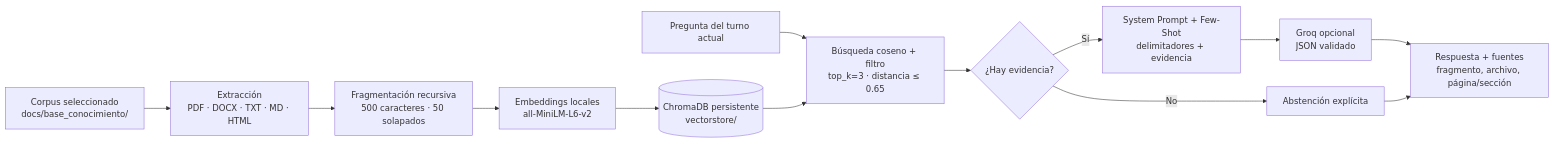
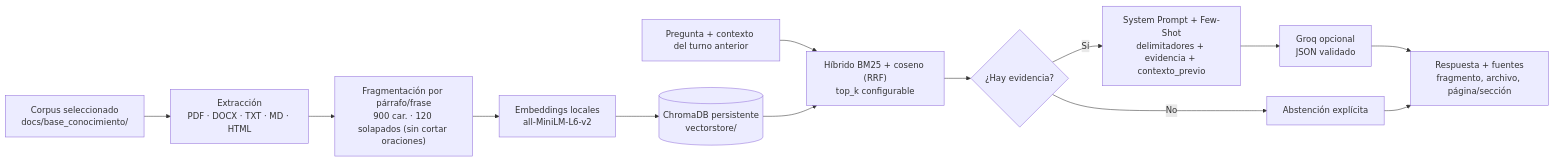
Before and after one commit to Criss190/AsistenteCrianza: the diagram in README.md, drawn with Mermaid. The commit also changed other lines of this file and 1 other file, not shown here.

````diff
--- a/README.md
+++ b/README.md
@@ -10,15 +10,15 @@
 ```mermaid
 flowchart LR
     A["Corpus seleccionado<br/>docs/base_conocimiento/"] --> B["Extracción<br/>PDF · DOCX · TXT · MD · HTML"]
-    B --> C["Fragmentación recursiva<br/>500 caracteres · 50 solapados"]
+    B --> C["Fragmentación por párrafo/frase<br/>900 car. · 120 solapados (sin cortar oraciones)"]
     C --> D["Embeddings locales<br/>all-MiniLM-L6-v2"]
     D --> E[("ChromaDB persistente<br/>vectorstore/")]
-    F["Pregunta del turno actual"] --> H["Búsqueda coseno + filtro<br/>top_k=3 · distancia ≤ 0.65"]
+    F["Pregunta + contexto del turno anterior"] --> H["Híbrido BM25 + coseno (RRF)<br/>top_k configurable"]
     E --> H
     H --> I{"¿Hay evidencia?"}
     I -- No --> J["Abstención explícita"]
-    I -- Sí --> K["System Prompt + Few-Shot<br/>delimitadores + evidencia"]
+    I -- Sí --> K["System Prompt + Few-Shot<br/>delimitadores + evidencia + contexto_previo"]
     K --> L["Groq opcional<br/>JSON validado"]
     L --> M["Respuesta + fuentes<br/>fragmento, archivo, página/sección"]
     J --> M
 ```
````
